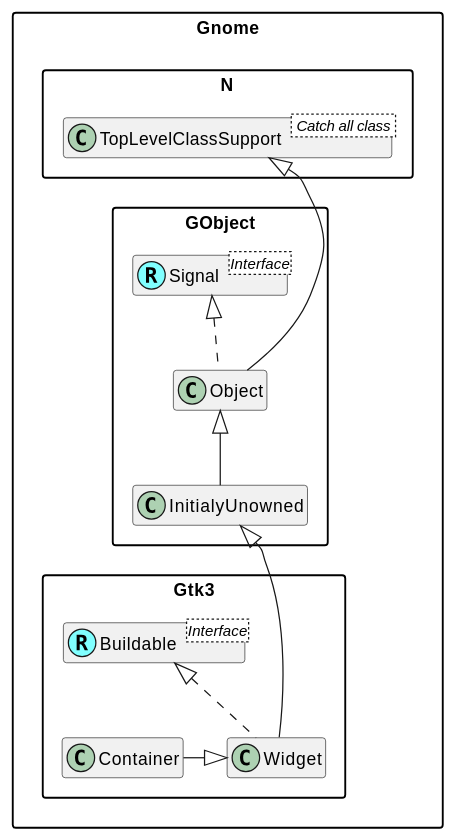
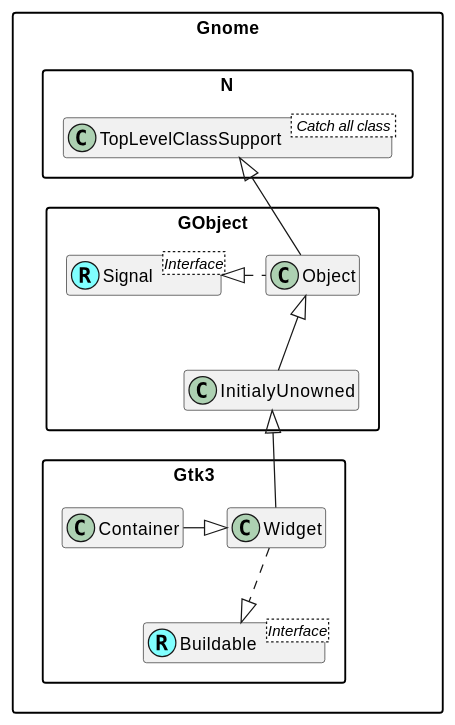
One commit to MARTIMM/gnome-gtk3 changed the diagram in doc/plantuml/Container.md. Above: the diagram before and after it, drawn with PlantUML. The commit also changed 1 other file, not shown here.

Commit message:
uml change

````diff
--- a/doc/plantuml/Container.md
+++ b/doc/plantuml/Container.md
@@ -1,31 +1,31 @@
 ```plantuml
 @startuml
 'scale 0.9
 skinparam packageStyle rectangle
 skinparam stereotypeCBackgroundColor #80ffff
 set namespaceSeparator ::
 hide members
 
 
 'Class and interface declarations
 class Gnome::N::TopLevelClassSupport < Catch all class >
 
 Interface Gnome::GObject::Signal <Interface>
 class Gnome::GObject::Signal <<(R,#80ffff)>>
 
-
-class Gnome::Gtk3::Widget implements Gnome::Gtk3::Buildable
 Interface Gnome::Gtk3::Buildable <Interface>
 class Gnome::Gtk3::Buildable <<(R,#80ffff)>>
 
+
 'Class connections
-Gnome::N::TopLevelClassSupport <|--- Gnome::GObject::Object
-Gnome::GObject::InitialyUnowned <|--- Gnome::Gtk3::Widget
+Gnome::N::TopLevelClassSupport <|-- Gnome::GObject::Object
 Gnome::GObject::Object <|-- Gnome::GObject::InitialyUnowned
-Gnome::GObject::Signal <|.. Gnome::GObject::Object
+Gnome::GObject::Signal <|. Gnome::GObject::Object
+
+Gnome::GObject::InitialyUnowned <|-- Gnome::Gtk3::Widget
+Gnome::Gtk3::Widget ..|> Gnome::Gtk3::Buildable
 
 Gnome::Gtk3::Container -|> Gnome::Gtk3::Widget
 
-
 @enduml
 ```
````
